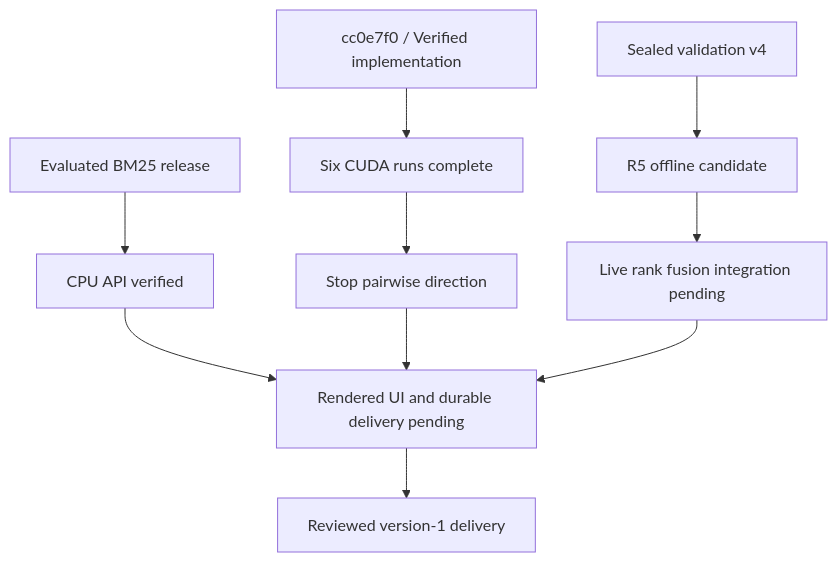
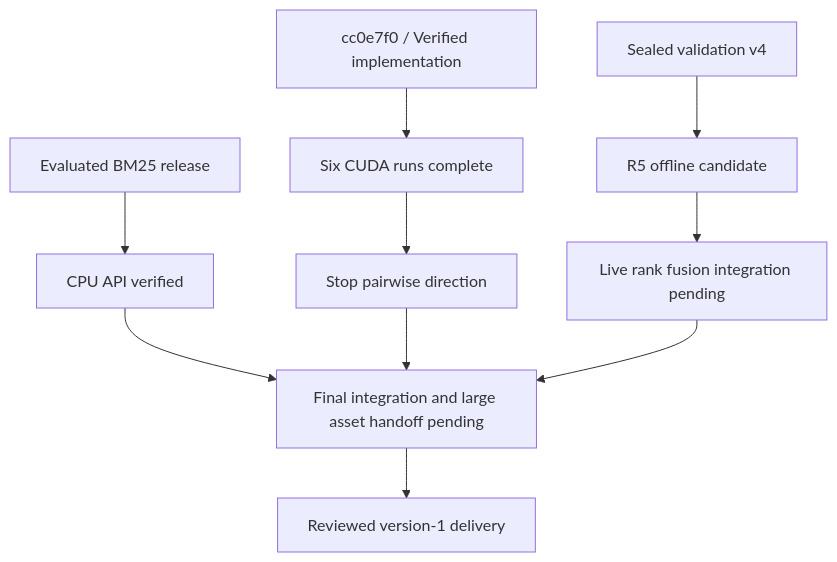
Before and after one commit to Hector-sau/devsearch: the first of 5 diagrams in docs/DIAGRAMS.md, drawn with Mermaid. The commit also changed 28 other files, not shown here.

````diff
--- a/docs/DIAGRAMS.md
+++ b/docs/DIAGRAMS.md
@@ -11,12 +11,12 @@
 ```mermaid
 flowchart TD
     A["cc0e7f0 / Verified implementation"] --> B["Six CUDA runs complete"]
     C["Sealed validation v4"] --> D["R5 offline candidate"]
     B --> E["Stop pairwise direction"]
     F["Evaluated BM25 release"] --> G["CPU API verified"]
-    G --> H["Rendered UI and durable delivery pending"]
+    G --> H["Final integration and large asset handoff pending"]
     D --> I["Live rank fusion integration pending"]
     E --> H
     I --> H
     H --> J["Reviewed version-1 delivery"]
 ```
````
